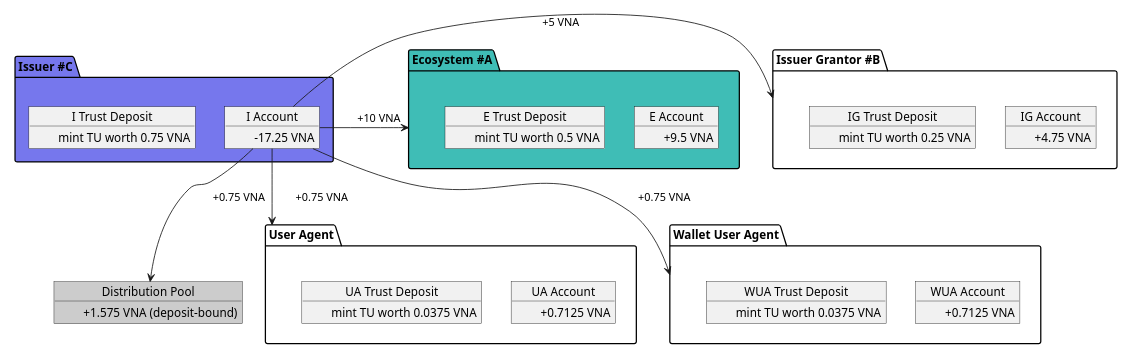
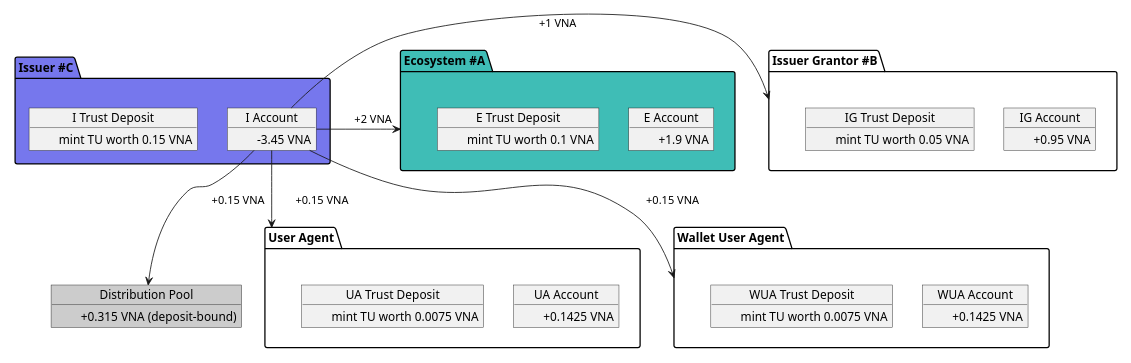
Diagram 11 of 21 in spec.md (verana-labs/verifiable-trust-vpr-spec), drawn with PlantUML before and after one commit. The commit also changed other lines of this file, not shown here.

First line of the commit message:
docs(spec): use realistic VNA amounts in examples

````diff
--- a/spec.md
+++ b/spec.md
@@ -892,69 +892,69 @@
 ```plantuml
 
 @startuml
 scale max 800 width
  
 
 package "Ecosystem #A" as tr #3fbdb6 {
     object "E Account" as tra {
-         \t+9.5 VNA
+         \t+1.9 VNA
     }
     object "E Trust Deposit" as trtd {
-         \tmint TU worth 0.5 VNA
+         \tmint TU worth 0.1 VNA
     }
 }
 
 package "Issuer Grantor #B" as ig {
     object "IG Account" as iga {
-        \t+4.75 VNA
+        \t+0.95 VNA
     }
     object "IG Trust Deposit" as igtd {
-        \tmint TU worth 0.25 VNA
+        \tmint TU worth 0.05 VNA
     }
 }
 package "Issuer #C" as issuer #7677ed {
     object "I Account" as issuera {
-         \t-17.25 VNA
+         \t-3.45 VNA
     }
     object "I Trust Deposit" as issuertd {
-         \tmint TU worth 0.75 VNA
+         \tmint TU worth 0.15 VNA
     }
 
 }
 
 package "User Agent" as ua {
     object "UA Account" as uaa {
-         \t+0.7125 VNA
+         \t+0.1425 VNA
     }
     object "UA Trust Deposit" as uatd {
-        \tmint TU worth 0.0375 VNA
+        \tmint TU worth 0.0075 VNA
     }
 
 }
 package "Wallet User Agent" as wua {
     object "WUA Account" as wuaa {
-         \t+0.7125 VNA
+         \t+0.1425 VNA
     }
     object "WUA Trust Deposit" as wuatd {
-        \tmint TU worth 0.0375 VNA
+        \tmint TU worth 0.0075 VNA
     }
 
 }
 
 object "Distribution Pool" as pool #cccccc {
-    \t+1.575 VNA (deposit-bound)
+    \t+0.315 VNA (deposit-bound)
 }
 
-issuera -r-> tr: \t+10 VNA
+issuera -r-> tr: \t+2 VNA
 
-issuera -r-> ig: \t+5 VNA
+issuera -r-> ig: \t+1 VNA
 
-issuera -d-> ua: \t+0.75 VNA
+issuera -d-> ua: \t+0.15 VNA
 
-issuera -d-> wua: \t+0.75 VNA
+issuera -d-> wua: \t+0.15 VNA
 
-issuera --> pool:  \t+0.75 VNA
+issuera --> pool:  \t+0.15 VNA
 
 @enduml
 
 ```
````
